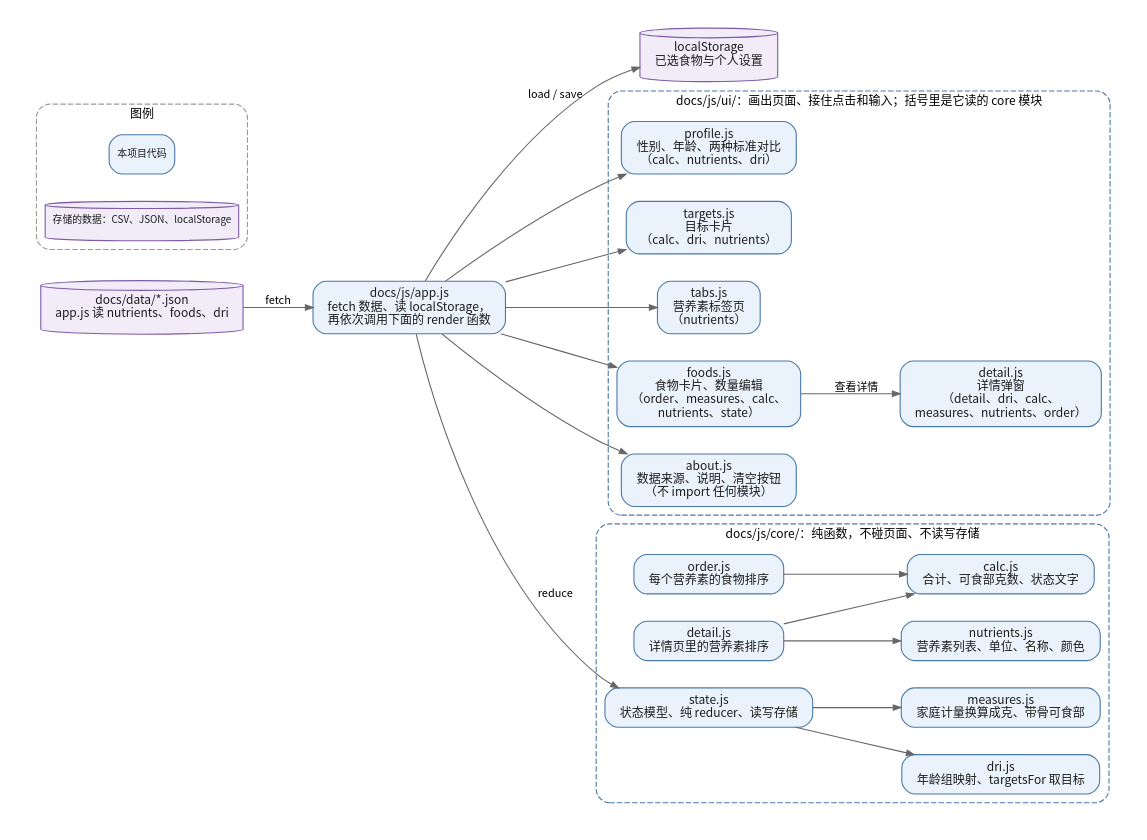
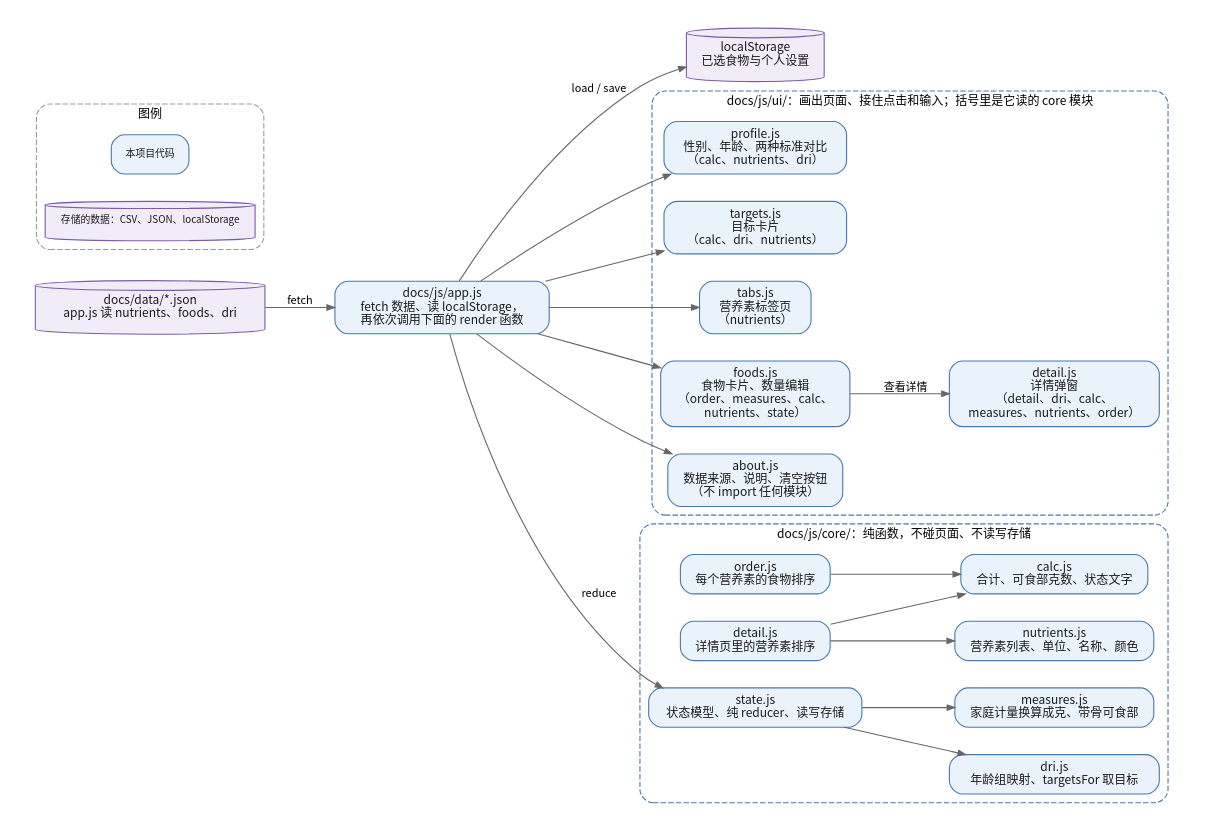
The diagram in documentation/diagrams/modules.dot (hairrrrr/micronutrients-tracker), drawn with Graphviz before and after one commit. The commit also changed 15 other files, not shown here.

```diff
--- a/documentation/diagrams/modules.dot
+++ b/documentation/diagrams/modules.dot
@@ -1,64 +1,64 @@
 // modules.dot - generated by documentation/diagrams/build.mjs.
 // Edit the script, then run: npm run docs:diagrams
 digraph modules {
   graph [rankdir=LR, compound=true, fontname="Noto Sans CJK SC", fontsize=12,
          bgcolor="white", pad="0.25", nodesep="0.35", ranksep="0.55"];
   node [fontname="Noto Sans CJK SC", fontsize=11, margin="0.16,0.09"];
   edge [fontname="Noto Sans CJK SC", fontsize=10, arrowsize=0.7];
 
-  json [label="docs/data/*.json\napp.js 读 nutrients、foods、dri", fillcolor="#F1ECF8", color="#7D5BA6", fontcolor="#1B1B1B", shape=cylinder, style="filled"];
-  app [label="docs/js/app.js\nfetch 数据、读 localStorage，\n再依次调用下面的 render 函数", fillcolor="#EAF2FB", color="#4A78A8", fontcolor="#1B1B1B", shape=box, style="rounded,filled"];
-  store [label="localStorage\n已选食物与个人设置", fillcolor="#F1ECF8", color="#7D5BA6", fontcolor="#1B1B1B", shape=cylinder, style="filled"];
+  json [label="docs/data/*.json\napp.js 读 nutrients、foods、dri", fillcolor="#F1ECF8", color="#7D5BA6", fontcolor="#1B1B1B", shape=cylinder, width=2.92, fixedsize=false, style="filled"];
+  app [label="docs/js/app.js\nfetch 数据、读 localStorage，\n再依次调用下面的 render 函数", fillcolor="#EAF2FB", color="#4A78A8", fontcolor="#1B1B1B", shape=box, width=2.72, fixedsize=false, style="rounded,filled"];
+  store [label="localStorage\n已选食物与个人设置", fillcolor="#F1ECF8", color="#7D5BA6", fontcolor="#1B1B1B", shape=cylinder, width=1.73, fixedsize=false, style="filled"];
 
   subgraph cluster_ui {
     label="docs/js/ui/：画出页面、接住点击和输入；括号里是它读的 core 模块";
     fontsize=11;
     style="rounded,dashed";
     color="#4A78A8";
-  profile_ui [label="profile.js\n性别、年龄、两种标准对比\n（calc、nutrients、dri）", fillcolor="#EAF2FB", color="#4A78A8", fontcolor="#1B1B1B", shape=box, style="rounded,filled"];
-  targets_ui [label="targets.js\n目标卡片\n（calc、dri、nutrients）", fillcolor="#EAF2FB", color="#4A78A8", fontcolor="#1B1B1B", shape=box, style="rounded,filled"];
-  tabs_ui [label="tabs.js\n营养素标签页\n（nutrients）", fillcolor="#EAF2FB", color="#4A78A8", fontcolor="#1B1B1B", shape=box, style="rounded,filled"];
-  foods_ui [label="foods.js\n食物卡片、数量编辑\n（order、measures、calc、\nnutrients、state）", fillcolor="#EAF2FB", color="#4A78A8", fontcolor="#1B1B1B", shape=box, style="rounded,filled"];
-  detail_ui [label="detail.js\n详情弹窗\n（detail、dri、calc、\nmeasures、nutrients、order）", fillcolor="#EAF2FB", color="#4A78A8", fontcolor="#1B1B1B", shape=box, style="rounded,filled"];
-  about_ui [label="about.js\n数据来源、说明、清空按钮\n（不 import 任何模块）", fillcolor="#EAF2FB", color="#4A78A8", fontcolor="#1B1B1B", shape=box, style="rounded,filled"];
+  profile_ui [label="profile.js\n性别、年龄、两种标准对比\n（calc、nutrients、dri）", fillcolor="#EAF2FB", color="#4A78A8", fontcolor="#1B1B1B", shape=box, width=2.32, fixedsize=false, style="rounded,filled"];
+  targets_ui [label="targets.js\n目标卡片\n（calc、dri、nutrients）", fillcolor="#EAF2FB", color="#4A78A8", fontcolor="#1B1B1B", shape=box, width=2.32, fixedsize=false, style="rounded,filled"];
+  tabs_ui [label="tabs.js\n营养素标签页\n（nutrients）", fillcolor="#EAF2FB", color="#4A78A8", fontcolor="#1B1B1B", shape=box, width=1.42, fixedsize=false, style="rounded,filled"];
+  foods_ui [label="foods.js\n食物卡片、数量编辑\n（order、measures、calc、\nnutrients、state）", fillcolor="#EAF2FB", color="#4A78A8", fontcolor="#1B1B1B", shape=box, width=2.40, fixedsize=false, style="rounded,filled"];
+  detail_ui [label="detail.js\n详情弹窗\n（detail、dri、calc、\nmeasures、nutrients、order）", fillcolor="#EAF2FB", color="#4A78A8", fontcolor="#1B1B1B", shape=box, width=2.67, fixedsize=false, style="rounded,filled"];
+  about_ui [label="about.js\n数据来源、说明、清空按钮\n（不 import 任何模块）", fillcolor="#EAF2FB", color="#4A78A8", fontcolor="#1B1B1B", shape=box, width=2.19, fixedsize=false, style="rounded,filled"];
   }
 
   subgraph cluster_core {
     label="docs/js/core/：纯函数，不碰页面、不读写存储";
     fontsize=11;
     style="rounded,dashed";
     color="#4A78A8";
-  nutrients_js [label="nutrients.js\n营养素列表、单位、名称、颜色", fillcolor="#EAF2FB", color="#4A78A8", fontcolor="#1B1B1B", shape=box, style="rounded,filled"];
-  dri_js [label="dri.js\n年龄组映射、targetsFor 取目标", fillcolor="#EAF2FB", color="#4A78A8", fontcolor="#1B1B1B", shape=box, style="rounded,filled"];
-  calc_js [label="calc.js\n合计、可食部克数、状态文字", fillcolor="#EAF2FB", color="#4A78A8", fontcolor="#1B1B1B", shape=box, style="rounded,filled"];
-  order_js [label="order.js\n每个营养素的食物排序", fillcolor="#EAF2FB", color="#4A78A8", fontcolor="#1B1B1B", shape=box, style="rounded,filled"];
-  measures_js [label="measures.js\n家庭计量换算成克、带骨可食部", fillcolor="#EAF2FB", color="#4A78A8", fontcolor="#1B1B1B", shape=box, style="rounded,filled"];
-  detail_js [label="detail.js\n详情页里的营养素排序", fillcolor="#EAF2FB", color="#4A78A8", fontcolor="#1B1B1B", shape=box, style="rounded,filled"];
-  state_js [label="state.js\n状态模型、纯 reducer、读写存储", fillcolor="#EAF2FB", color="#4A78A8", fontcolor="#1B1B1B", shape=box, style="rounded,filled"];
+  nutrients_js [label="nutrients.js\n营养素列表、单位、名称、颜色", fillcolor="#EAF2FB", color="#4A78A8", fontcolor="#1B1B1B", shape=box, width=2.50, fixedsize=false, style="rounded,filled"];
+  dri_js [label="dri.js\n年龄组映射、targetsFor 取目标", fillcolor="#EAF2FB", color="#4A78A8", fontcolor="#1B1B1B", shape=box, width=2.66, fixedsize=false, style="rounded,filled"];
+  calc_js [label="calc.js\n合计、可食部克数、状态文字", fillcolor="#EAF2FB", color="#4A78A8", fontcolor="#1B1B1B", shape=box, width=2.35, fixedsize=false, style="rounded,filled"];
+  order_js [label="order.js\n每个营养素的食物排序", fillcolor="#EAF2FB", color="#4A78A8", fontcolor="#1B1B1B", shape=box, width=1.89, fixedsize=false, style="rounded,filled"];
+  measures_js [label="measures.js\n家庭计量换算成克、带骨可食部", fillcolor="#EAF2FB", color="#4A78A8", fontcolor="#1B1B1B", shape=box, width=2.50, fixedsize=false, style="rounded,filled"];
+  detail_js [label="detail.js\n详情页里的营养素排序", fillcolor="#EAF2FB", color="#4A78A8", fontcolor="#1B1B1B", shape=box, width=1.89, fixedsize=false, style="rounded,filled"];
+  state_js [label="state.js\n状态模型、纯 reducer、读写存储", fillcolor="#EAF2FB", color="#4A78A8", fontcolor="#1B1B1B", shape=box, width=2.71, fixedsize=false, style="rounded,filled"];
   }
 
   json -> app [color="#666666", label="fetch"];
   app -> store [color="#666666", label="load / save"];
   app -> profile_ui [color="#666666"];
   app -> targets_ui [color="#666666"];
   app -> tabs_ui [color="#666666"];
   app -> foods_ui [color="#666666"];
   app -> about_ui [color="#666666"];
   foods_ui -> detail_ui [color="#666666", label="查看详情"];
   app -> state_js [color="#666666", label="reduce"];
   state_js -> dri_js [color="#666666"];
   state_js -> measures_js [color="#666666"];
   detail_js -> calc_js [color="#666666"];
   detail_js -> nutrients_js [color="#666666"];
   order_js -> calc_js [color="#666666"];
   subgraph cluster_legend {
     label="图例";
     fontsize=11;
     style="rounded,dashed";
     color="#999999";
     node [fontname="Noto Sans CJK SC", margin="0.10,0.05"];
-    legend_code [label="本项目代码", fillcolor="#EAF2FB", color="#4A78A8", fontcolor="#1B1B1B", shape=box, style="rounded,filled", fontsize=9];
-    legend_stored [label="存储的数据：CSV、JSON、localStorage", fillcolor="#F1ECF8", color="#7D5BA6", fontcolor="#1B1B1B", shape=cylinder, style="filled", fontsize=9];
+    legend_code [label="本项目代码", fillcolor="#EAF2FB", color="#4A78A8", fontcolor="#1B1B1B", shape=box, style="rounded,filled", fontsize=9, width=0.98, fixedsize=false];
+    legend_stored [label="存储的数据：CSV、JSON、localStorage", fillcolor="#F1ECF8", color="#7D5BA6", fontcolor="#1B1B1B", shape=cylinder, style="filled", fontsize=9, width=2.67, fixedsize=false];
     { rank=same; legend_code; legend_stored; }
   }
 }
```
